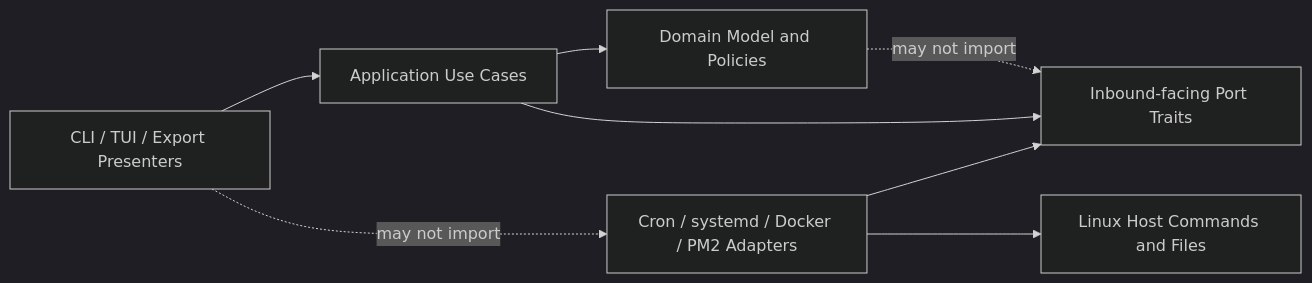
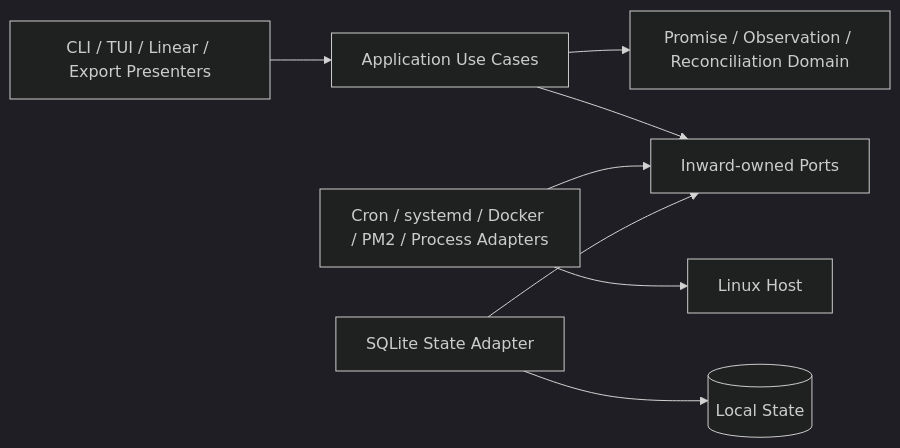
Before and after one commit to delorenj/srvls: the first of 2 diagrams in _bmad-output/planning-artifacts/architecture/architecture-srvls-2026-07-14/ARCHITECTURE-SPINE.md, drawn with Mermaid (dark theme). The commit also changed other lines of this file and 2 other files, not shown here.

Commit message:
docs(architecture): reconcile canonical product contracts

````diff
--- a/_bmad-output/planning-artifacts/architecture/architecture-srvls-2026-07-14/ARCHITECTURE-SPINE.md
+++ b/_bmad-output/planning-artifacts/architecture/architecture-srvls-2026-07-14/ARCHITECTURE-SPINE.md
@@ -32,10 +58,10 @@
 ```mermaid
 flowchart LR
-  CLI[CLI / TUI / Export Presenters] --> APP[Application Use Cases]
-  APP --> DOMAIN[Domain Model and Policies]
-  APP --> PORTS[Inbound-facing Port Traits]
-  ADAPTERS[Cron / systemd / Docker / PM2 Adapters] --> PORTS
-  ADAPTERS --> HOST[Linux Host Commands and Files]
-  CLI -. may not import .-> ADAPTERS
-  DOMAIN -. may not import .-> PORTS
+  SURFACES[CLI / TUI / Linear / Export Presenters] --> APP[Application Use Cases]
+  APP --> DOMAIN[Promise / Observation / Reconciliation Domain]
+  APP --> PORTS[Inward-owned Ports]
+  HOSTADAPTERS[Cron / systemd / Docker / PM2 / Process Adapters] --> PORTS
+  STATEADAPTER[SQLite State Adapter] --> PORTS
+  HOSTADAPTERS --> HOST[Linux Host]
+  STATEADAPTER --> DB[(Local State)]
 ```
````
